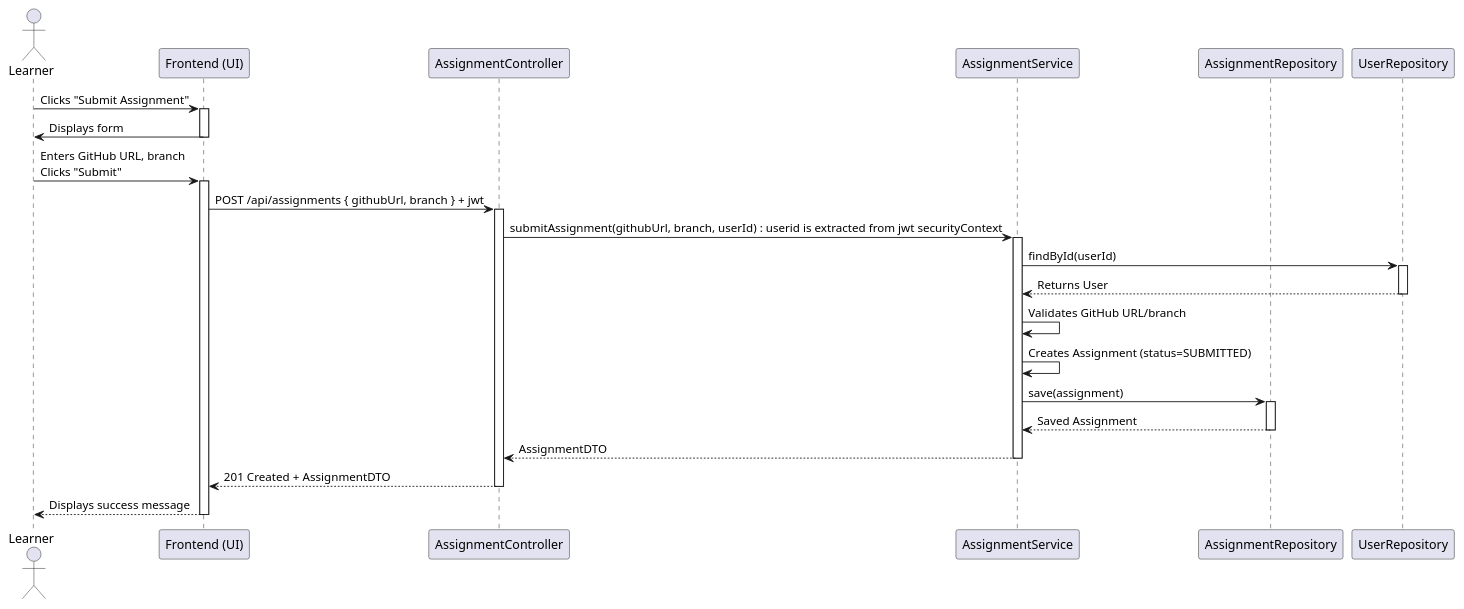
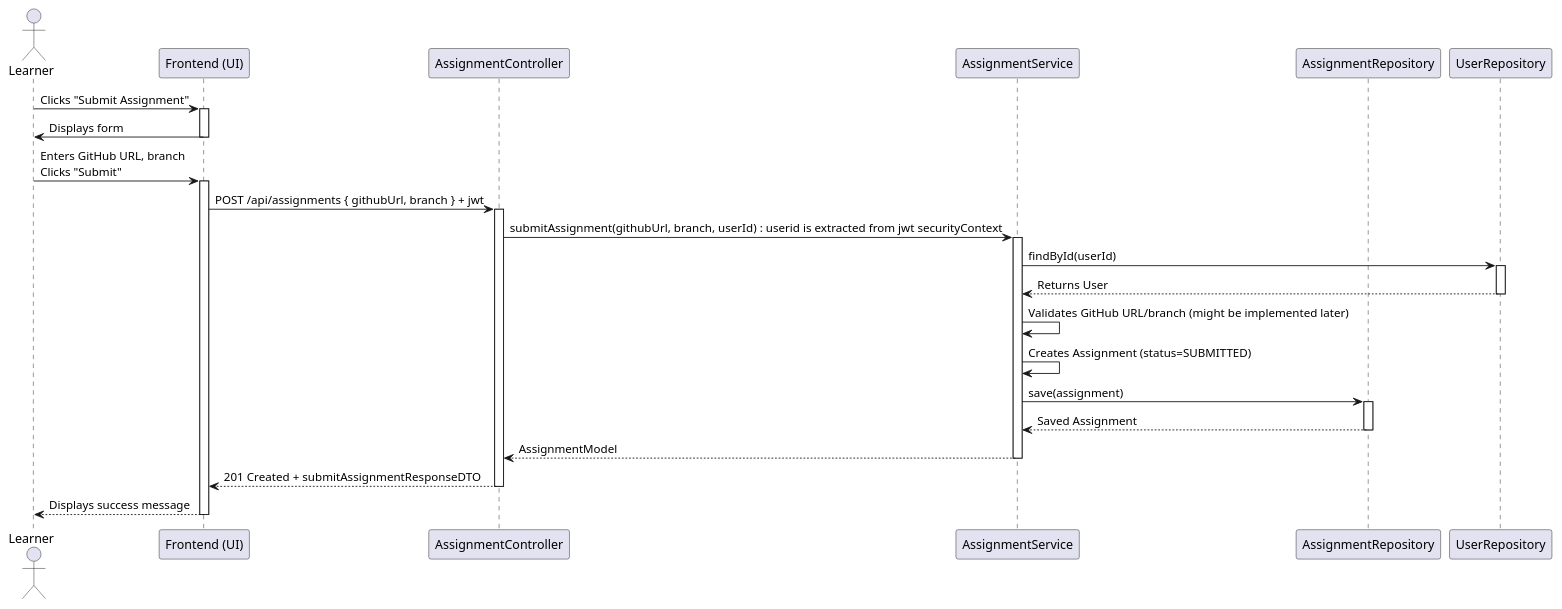
The diagram in src/main/resources/SubmitAssignmentDiagram.puml (mouse1999/BloomCodeCamp-be-a-starter), drawn with PlantUML before and after one commit. The commit also changed 38 other files, not shown here.

Commit message:
implemented some method Assignment service class and its test class

```diff
--- a/src/main/resources/SubmitAssignmentDiagram.puml
+++ b/src/main/resources/SubmitAssignmentDiagram.puml
@@ -1,40 +1,40 @@
 @startuml
 actor Learner
 participant "Frontend (UI)" as Frontend
 participant "AssignmentController" as Controller
 participant "AssignmentService" as Service
 participant "AssignmentRepository" as ARepository
 participant "UserRepository" as URepository
 
 Learner -> Frontend : Clicks "Submit Assignment"
 activate Frontend
 Frontend -> Learner : Displays form
 deactivate Frontend
 
 Learner -> Frontend : Enters GitHub URL, branch\nClicks "Submit"
 activate Frontend
 Frontend -> Controller : POST /api/assignments { githubUrl, branch } + jwt
 activate Controller
 Controller -> Service : submitAssignment(githubUrl, branch, userId) : userid is extracted from jwt securityContext
 activate Service
 
 Service -> URepository : findById(userId)
 activate URepository
 URepository --> Service : Returns User
 deactivate URepository
 
-Service -> Service : Validates GitHub URL/branch
+Service -> Service : Validates GitHub URL/branch (might be implemented later)
 Service -> Service : Creates Assignment (status=SUBMITTED)
 
 Service -> ARepository : save(assignment)
 activate ARepository
 ARepository --> Service : Saved Assignment
 deactivate ARepository
 
-Service --> Controller : AssignmentDTO
+Service --> Controller : AssignmentModel
 deactivate Service
-Controller --> Frontend : 201 Created + AssignmentDTO
+Controller --> Frontend : 201 Created + submitAssignmentResponseDTO
 deactivate Controller
 Frontend --> Learner : Displays success message
 deactivate Frontend
 @enduml
```
